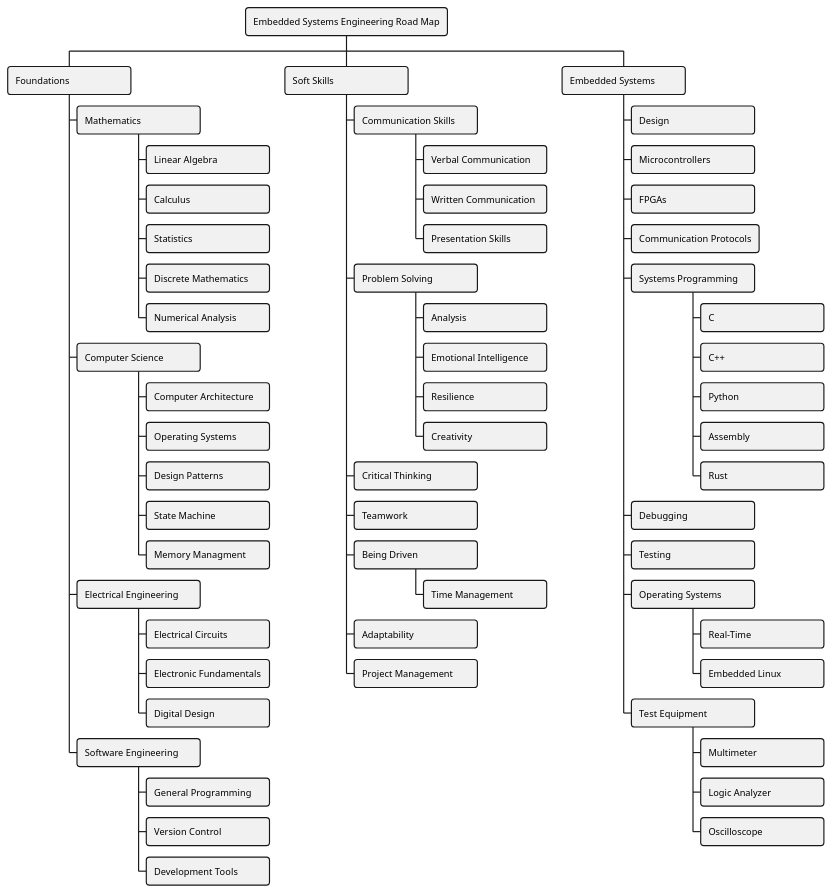
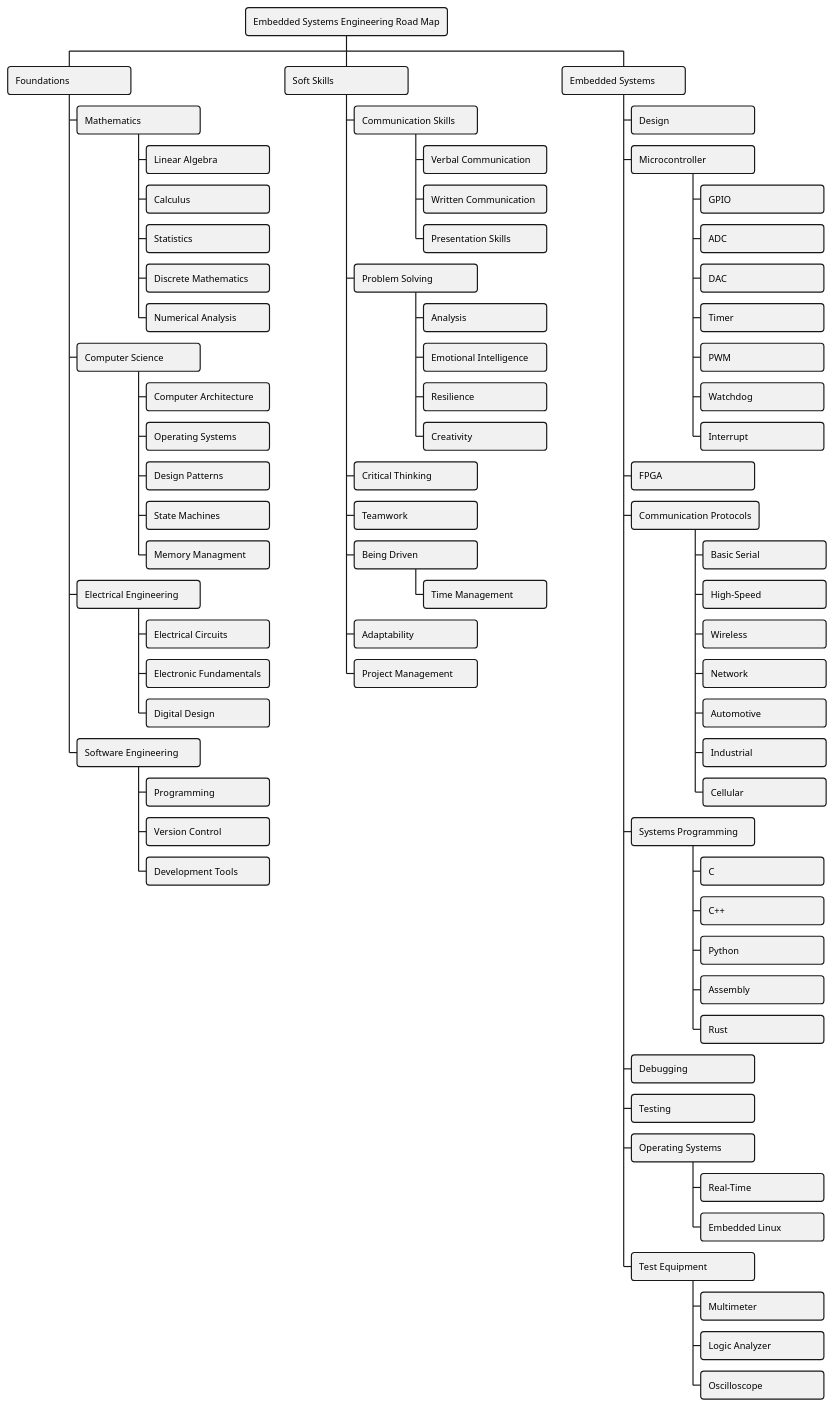
The diagram in resources/road-map.puml (HenrikSamuelsson/embedded-systems-engineering-road-map), drawn with PlantUML before and after one commit.

Commit message:
Add MCU topics and Communication Protocols.

```diff
--- a/resources/road-map.puml
+++ b/resources/road-map.puml
@@ -1,67 +1,81 @@
 @startwbs Embedded Systemes Engineering Road Map
 <style>
 node {
     MinimumWidth 160
     MaximumWidth 1600
     RoundCorner 8
 }
 </style>
 + Embedded Systems Engineering Road Map
  + Foundations
   + Mathematics
    + Linear Algebra
    + Calculus
    + Statistics
    + Discrete Mathematics
    + Numerical Analysis
   + Computer Science
    + Computer Architecture
    + Operating Systems
    + Design Patterns
-   + State Machine
+   + State Machines
    + Memory Managment
   + Electrical Engineering
    + Electrical Circuits
    + Electronic Fundamentals
    + Digital Design
   + Software Engineering
-   + General Programming
+   + Programming
    + Version Control
    + Development Tools
  + Soft Skills
   + Communication Skills
    + Verbal Communication
    + Written Communication
    + Presentation Skills
   + Problem Solving
    + Analysis
    + Emotional Intelligence
    + Resilience
    + Creativity
   + Critical Thinking
   + Teamwork
   + Being Driven
    + Time Management
   + Adaptability
   + Project Management
  + Embedded Systems
   + Design
-  + Microcontrollers
-  + FPGAs
+  + Microcontroller
+   + GPIO
+   + ADC
+   + DAC
+   + Timer
+   + PWM
+   + Watchdog
+   + Interrupt
+  + FPGA
   + Communication Protocols
+   + Basic Serial
+   + High-Speed
+   + Wireless
+   + Network
+   + Automotive
+   + Industrial
+   + Cellular
   + Systems Programming
    + C
    + C++
    + Python
    + Assembly
    + Rust
   + Debugging
   + Testing
   + Operating Systems
    + Real-Time
    + Embedded Linux
   + Test Equipment
    + Multimeter
    + Logic Analyzer
    + Oscilloscope
 @endwbs
```
